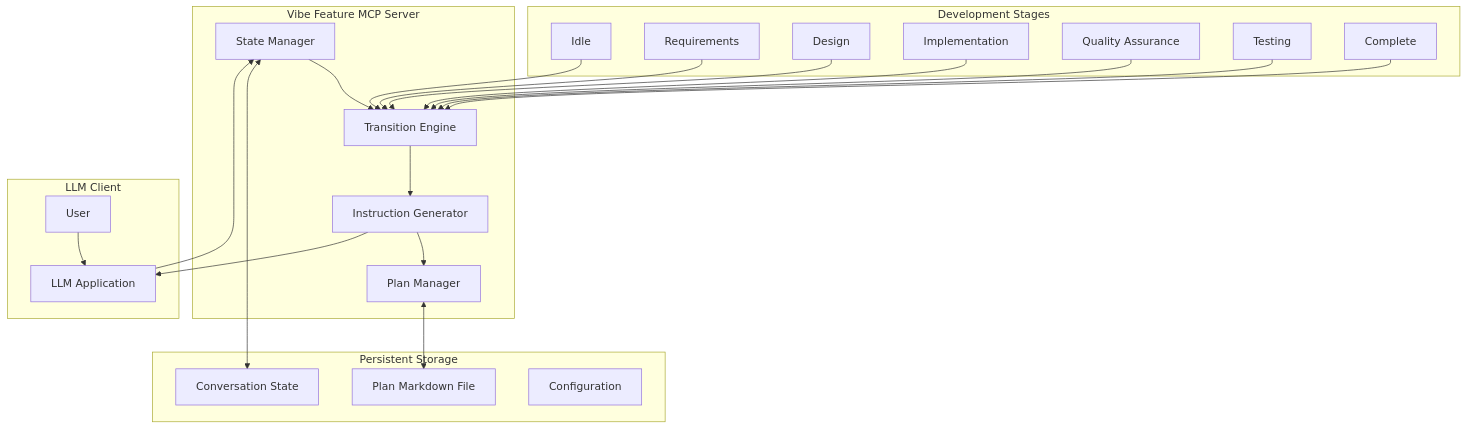
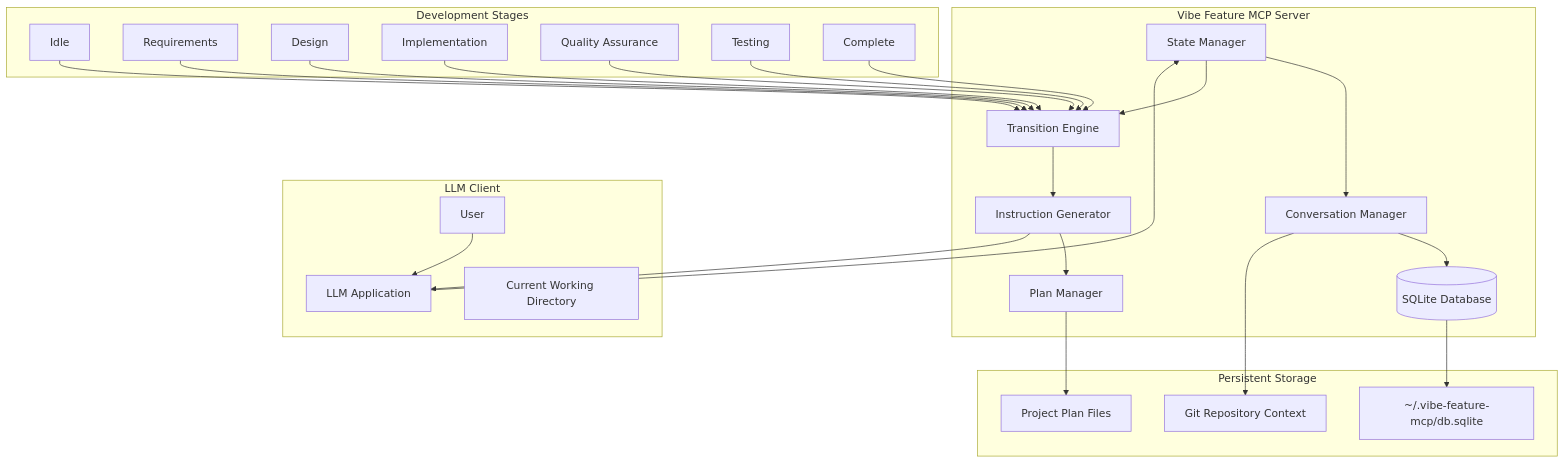
One commit to yovannyr/responsible-vibe-mcp changed the first of 4 diagrams in README.md. Above: the diagram before and after it, drawn with Mermaid. The commit also changed other lines of this file and 1 other file, not shown here.

Commit message:
WIP: describe basic architecture

````diff
--- a/README.md
+++ b/README.md
@@ -35,49 +35,55 @@
 ```mermaid
 graph TB
     subgraph "Vibe Feature MCP Server"
         SM[State Manager]
         TM[Transition Engine]
         IM[Instruction Generator]
         PM[Plan Manager]
+        CM[Conversation Manager]
+        DB[(SQLite Database)]
     end
     
     subgraph "Development Stages"
         IDLE[Idle]
         REQ[Requirements]
         DES[Design]
         IMP[Implementation]
         QA[Quality Assurance]
         TEST[Testing]
         COMP[Complete]
     end
     
     subgraph "Persistent Storage"
-        CS[Conversation State]
-        PF[Plan Markdown File]
-        CF[Configuration]
+        DBFILE[~/.vibe-feature-mcp/db.sqlite]
+        PF[Project Plan Files]
+        GIT[Git Repository Context]
     end
     
     subgraph "LLM Client"
         LLM[LLM Application]
         USER[User]
+        CWD[Current Working Directory]
     end
     
     USER --> LLM
     LLM --> SM
+    SM --> CM
+    CM --> DB
     SM --> TM
     TM --> IM
     IM --> PM
     
-    SM <--> CS
-    PM <--> PF
+    DB --> DBFILE
+    PM --> PF
+    CM --> GIT
     
     IDLE --> TM
     REQ --> TM
     DES --> TM
     IMP --> TM
     QA --> TM
     TEST --> TM
     COMP --> TM
     
     IM --> LLM
 ```
````
